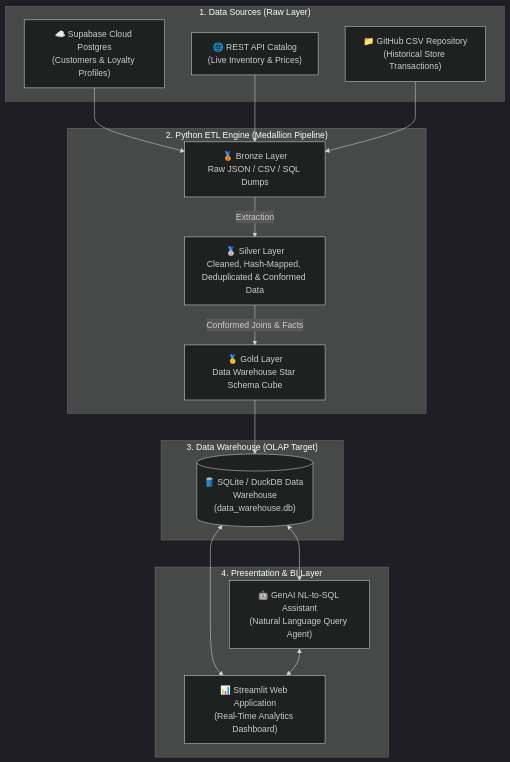
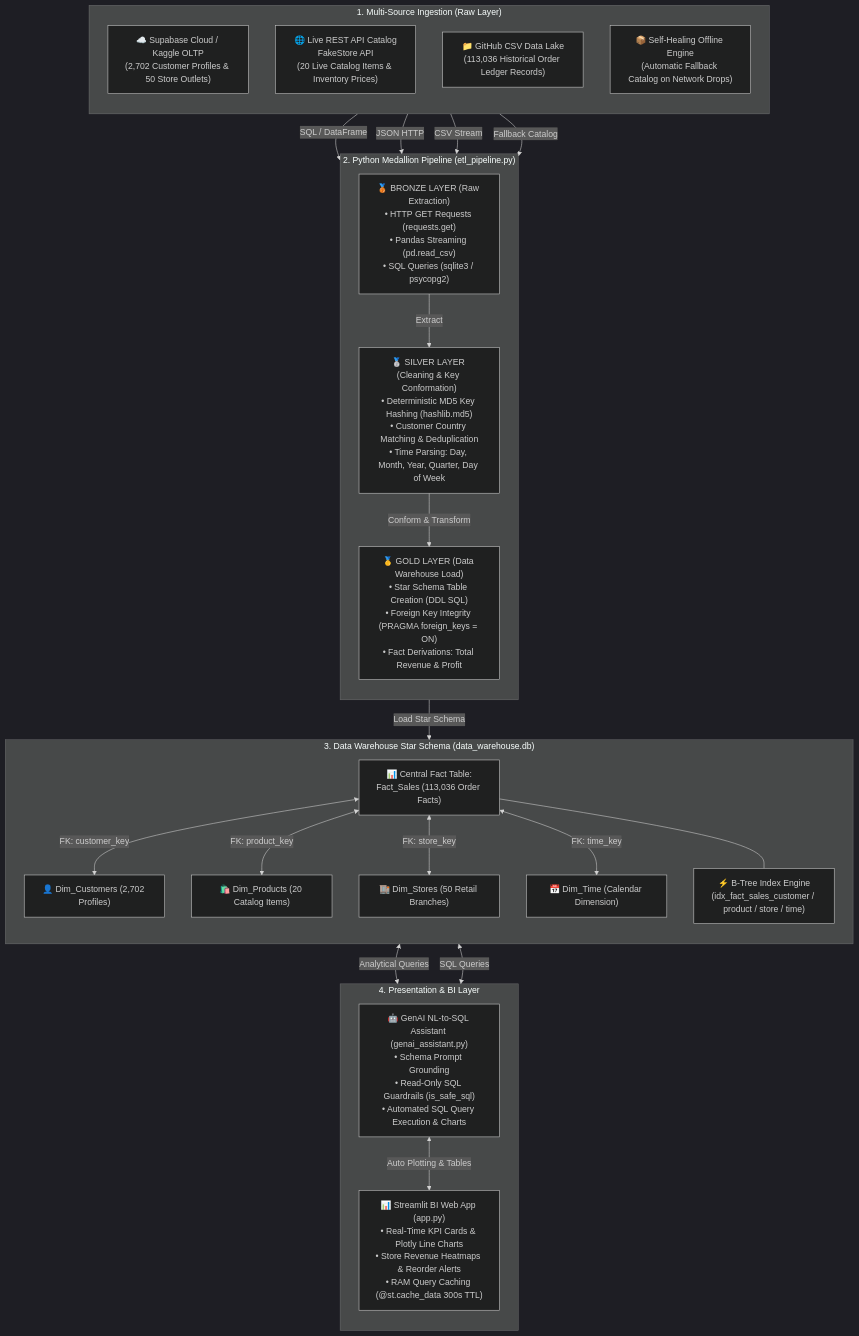
The first of 2 diagrams in README.md (Jerinarch/Smart-Retail-Sytem), drawn with Mermaid (dark theme) before and after one commit. The commit also changed 1 other file, not shown here.

Commit message:
docs: update system architecture flowcharts in README.md and DATA_SOURCES_EXPLAINED.md to reflect current MD5 key hashing, B-Tree indexing, self-healing fallbacks, and security guardrails

````diff
--- a/README.md
+++ b/README.md
@@ -27,34 +27,52 @@
 ```mermaid
 flowchart TD
-    subgraph Sources ["1. Data Sources (Raw Layer)"]
-        S1["☁️ Supabase Cloud Postgres<br/>(Customers & Loyalty Profiles)"]
-        S2["🌐 REST API Catalog<br/>(Live Inventory & Prices)"]
-        S3["📁 GitHub CSV Repository<br/>(Historical Store Transactions)"]
+    subgraph Sources ["1. Multi-Source Ingestion (Raw Layer)"]
+        direction TB
+        S1["☁️ Supabase Cloud / Kaggle OLTP<br/>(2,702 Customer Profiles & 50 Store Outlets)"]
+        S2["🌐 Live REST API Catalog<br/>FakeStore API<br/>(20 Live Catalog Items & Inventory Prices)"]
+        S3["📁 GitHub CSV Data Lake<br/>(113,036 Historical Order Ledger Records)"]
+        S4["📦 Self-Healing Offline Engine<br/>(Automatic Fallback Catalog on Network Drops)"]
     end
 
-    subgraph ETL ["2. Python ETL Engine (Medallion Pipeline)"]
-        B["🥉 Bronze Layer<br/>Raw JSON / CSV / SQL Dumps"]
-        Si["🥈 Silver Layer<br/>Cleaned, Hash-Mapped, Deduplicated & Conformed Data"]
-        G["🥇 Gold Layer<br/>Data Warehouse Star Schema Cube"]
+    subgraph ETL ["2. Python Medallion Pipeline (etl_pipeline.py)"]
+        direction TB
+        B["🥉 BRONZE LAYER (Raw Extraction)<br/>• HTTP GET Requests (requests.get)<br/>• Pandas Streaming (pd.read_csv)<br/>• SQL Queries (sqlite3 / psycopg2)"]
         
-        S1 --> B
-        S2 --> B
-        S3 --> B
-        B -->|Extraction| Si
-        Si -->|Conformed Joins & Facts| G
+        Si["🥈 SILVER LAYER (Cleaning & Key Conformation)<br/>• Deterministic MD5 Key Hashing (hashlib.md5)<br/>• Customer Country Matching & Deduplication<br/>• Time Parsing: Day, Month, Year, Quarter, Day of Week"]
+        
+        G["🥇 GOLD LAYER (Data Warehouse Load)<br/>• Star Schema Table Creation (DDL SQL)<br/>• Foreign Key Integrity (PRAGMA foreign_keys = ON)<br/>• Fact Derivations: Total Revenue & Profit"]
+        
+        B -->|Extract| Si -->|Conform & Transform| G
     end
 
-    subgraph Target ["3. Data Warehouse (OLAP Target)"]
-        DW[("🛢️ SQLite / DuckDB Data Warehouse<br/>(data_warehouse.db)")]
-        G --> DW
+    subgraph Target ["3. Data Warehouse Star Schema (data_warehouse.db)"]
+        direction TB
+        FACT["📊 Central Fact Table:<br/>Fact_Sales (113,036 Order Facts)"]
+        DIM1["👤 Dim_Customers (2,702 Profiles)"]
+        DIM2["🛍️ Dim_Products (20 Catalog Items)"]
+        DIM3["🏬 Dim_Stores (50 Retail Branches)"]
+        DIM4["📅 Dim_Time (Calendar Dimension)"]
+        IDX["⚡ B-Tree Index Engine<br/>(idx_fact_sales_customer / product / store / time)"]
+        
+        FACT <-->|FK: customer_key| DIM1
+        FACT <-->|FK: product_key| DIM2
+        FACT <-->|FK: store_key| DIM3
+        FACT <-->|FK: time_key| DIM4
+        FACT --- IDX
     end
 
     subgraph Visual ["4. Presentation & BI Layer"]
-        ST["📊 Streamlit Web Application<br/>(Real-Time Analytics Dashboard)"]
-        AI["🤖 GenAI NL-to-SQL Assistant<br/>(Natural Language Query Agent)"]
-        
-        DW <--> ST
-        DW <--> AI
-        AI <--> ST
+        direction TB
+        ST["📊 Streamlit BI Web App (app.py)<br/>• Real-Time KPI Cards & Plotly Line Charts<br/>• Store Revenue Heatmaps & Reorder Alerts<br/>• RAM Query Caching (@st.cache_data 300s TTL)"]
+        AI["🤖 GenAI NL-to-SQL Assistant (genai_assistant.py)<br/>• Schema Prompt Grounding<br/>• Read-Only SQL Guardrails (is_safe_sql)<br/>• Automated SQL Query Execution & Charts"]
     end
+
+    S1 -->|SQL / DataFrame| B
+    S2 -->|JSON HTTP| B
+    S3 -->|CSV Stream| B
+    S4 -->|Fallback Catalog| B
+    G -->|Load Star Schema| Target
+    Target <-->|Analytical Queries| ST
+    Target <-->|SQL Queries| AI
+    AI <-->|Auto Plotting & Tables| ST
 ```
````
